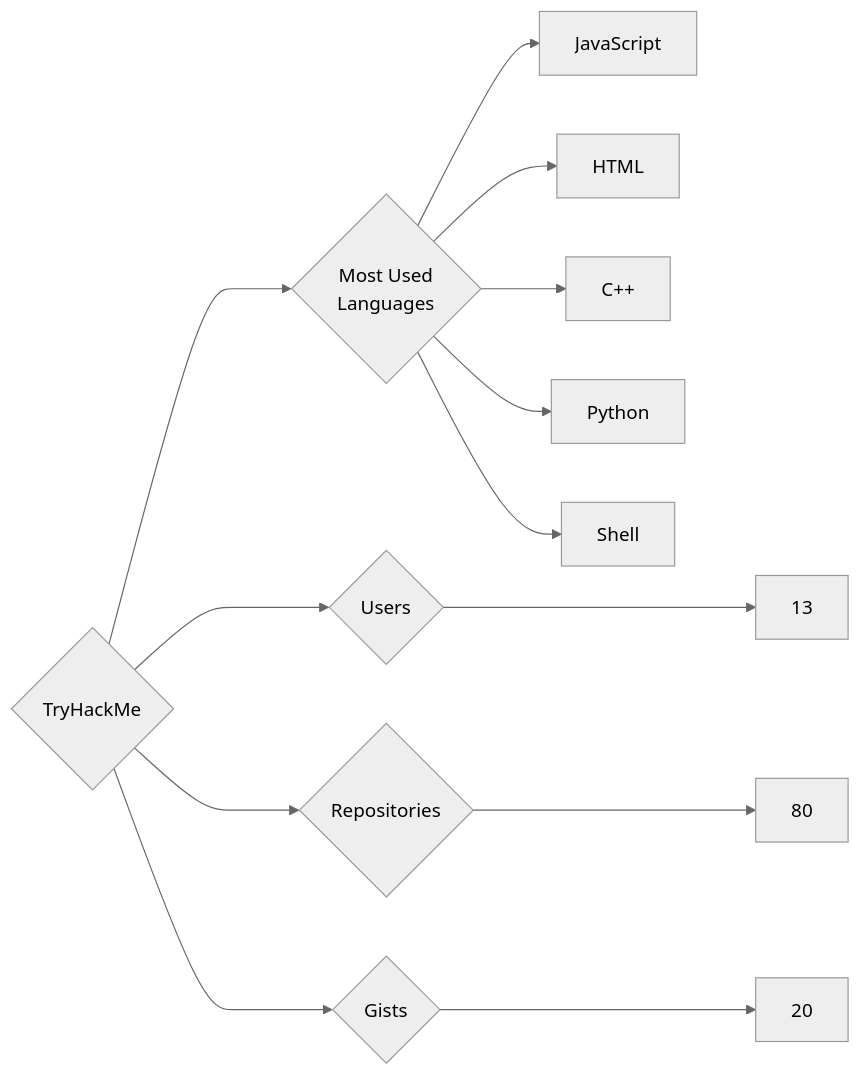
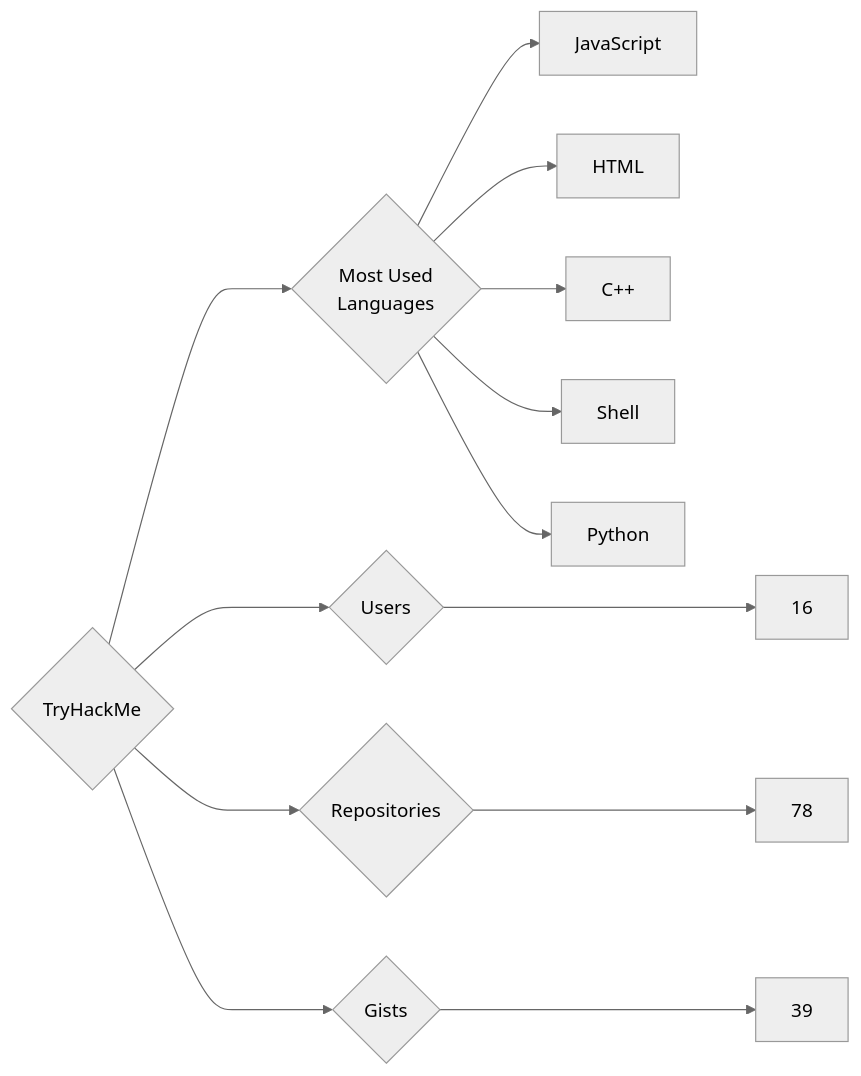
The diagram in targets/TryHackMe/README.md (trickest/insiders), drawn with Mermaid (neutral theme) before and after one commit. The commit also changed 920 other files, not shown here.

````diff
--- a/targets/TryHackMe/README.md
+++ b/targets/TryHackMe/README.md
@@ -3,13 +3,13 @@
 ```mermaid
 graph LR
 COMPANY_NAME{TryHackMe}
-COMPANY_NAME ---> U{Users} ---> UN[13]
-COMPANY_NAME ---> R{Repositories} ---> RN[80]
-COMPANY_NAME ---> G{Gists} ---> GN[20]
+COMPANY_NAME ---> U{Users} ---> UN[16]
+COMPANY_NAME ---> R{Repositories} ---> RN[78]
+COMPANY_NAME ---> G{Gists} ---> GN[39]
 COMPANY_NAME ---> ML{Most Used<br>Languages}
 ML --> JavaScript[JavaScript]
 ML --> HTML[HTML]
 ML --> C++[C++]
+ML --> Shell[Shell]
 ML --> Python[Python]
-ML --> Shell[Shell]
 ```
````
